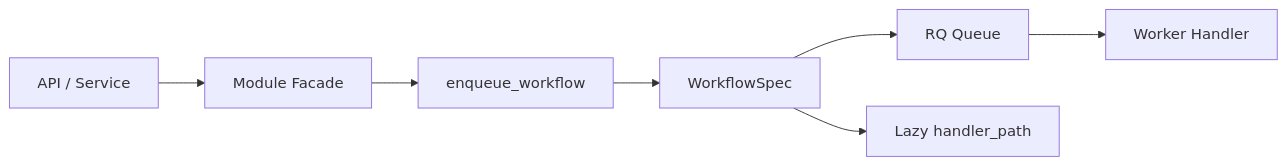
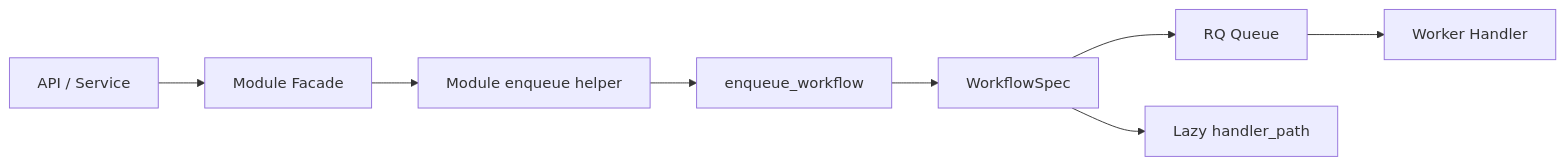
The diagram in docs/architecture/WORKFLOW_REGISTRY.md (pinnnthreetriples/StylistTG), drawn with Mermaid before and after one commit. The commit also changed other lines of this file and 32 other files, not shown here.

````diff
--- a/docs/architecture/WORKFLOW_REGISTRY.md
+++ b/docs/architecture/WORKFLOW_REGISTRY.md
@@ -41,9 +41,10 @@
 ```mermaid
 flowchart LR
     API["API / Service"] --> Facade["Module Facade"]
-    Facade --> Enqueue["enqueue_workflow"]
+    Facade --> ModuleEnqueue["Module enqueue helper"]
+    ModuleEnqueue --> Enqueue["enqueue_workflow"]
     Enqueue --> Registry["WorkflowSpec"]
     Registry --> Queue["RQ Queue"]
     Registry --> Handler["Lazy handler_path"]
     Queue --> Worker["Worker Handler"]
 ```
````
